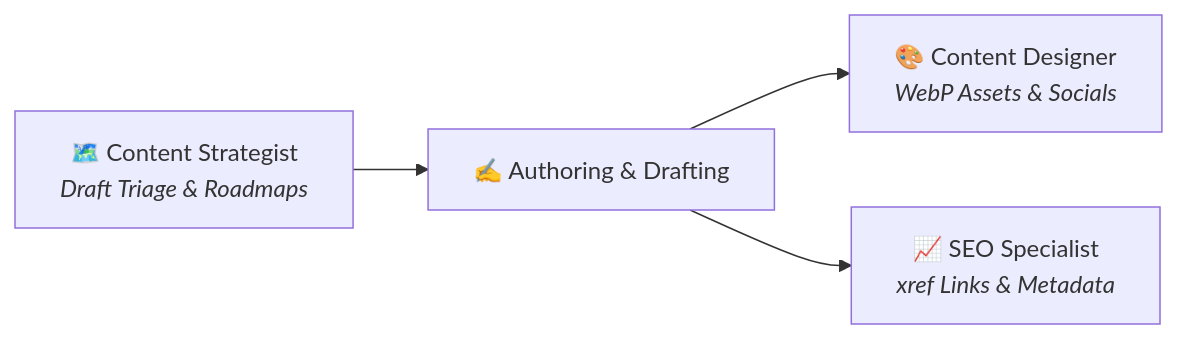
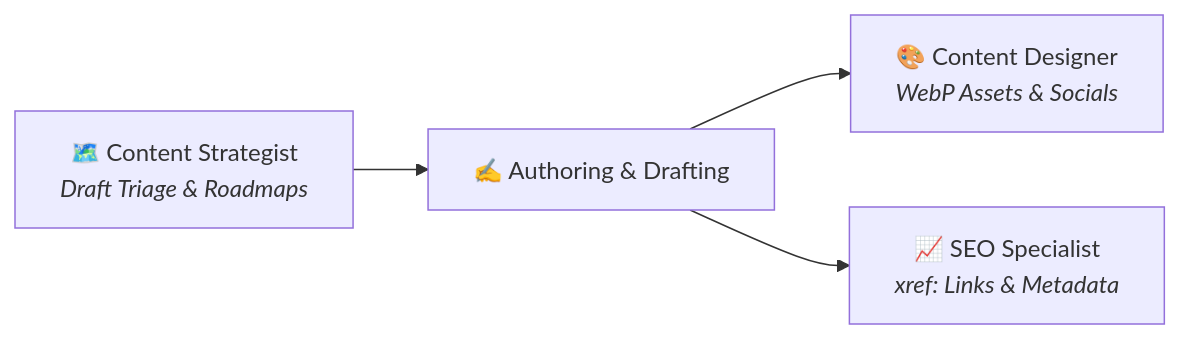
Before and after one commit to jochenkirstaetter/getblogged: the first of 3 diagrams in posts/draft/assembling-an-ai-publishing-agency.md, drawn with Mermaid. The commit also changed other lines of this file, not shown here.

````diff
--- a/posts/draft/assembling-an-ai-publishing-agency.md
+++ b/posts/draft/assembling-an-ai-publishing-agency.md
@@ -152,6 +153,6 @@
 ```mermaid
 flowchart LR
     Strategist["🗺️ Content Strategist<br/><i>Draft Triage & Roadmaps</i>"] --> Author["✍️ Authoring & Drafting"]
     Author --> Designer["🎨 Content Designer<br/><i>WebP Assets & Socials</i>"]
-    Author --> SEO["📈 SEO Specialist<br/><i>xref Links & Metadata</i>"]
+    Author --> SEO["📈 SEO Specialist<br/><i>xref: Links & Metadata</i>"]
 ```
````
